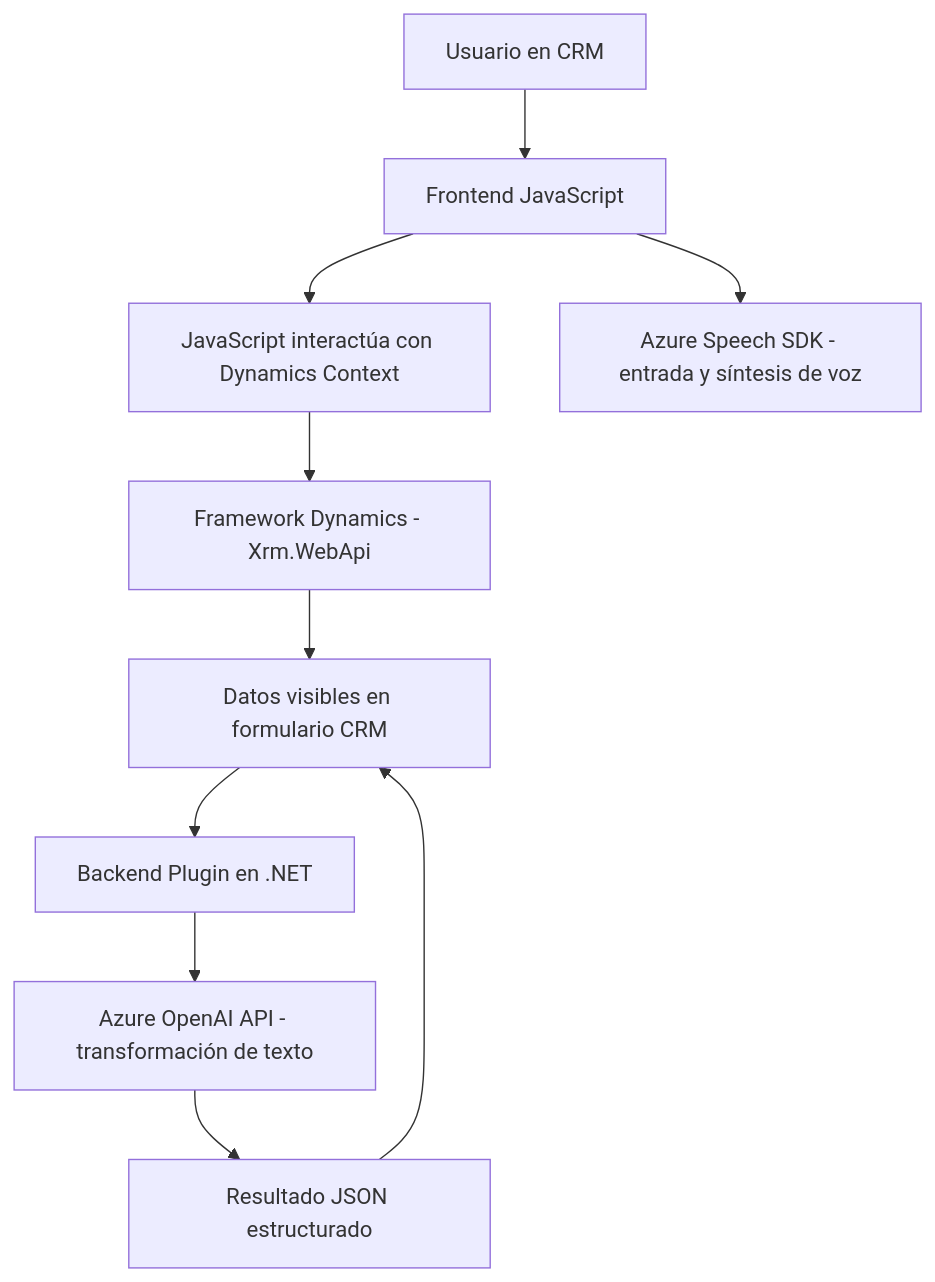
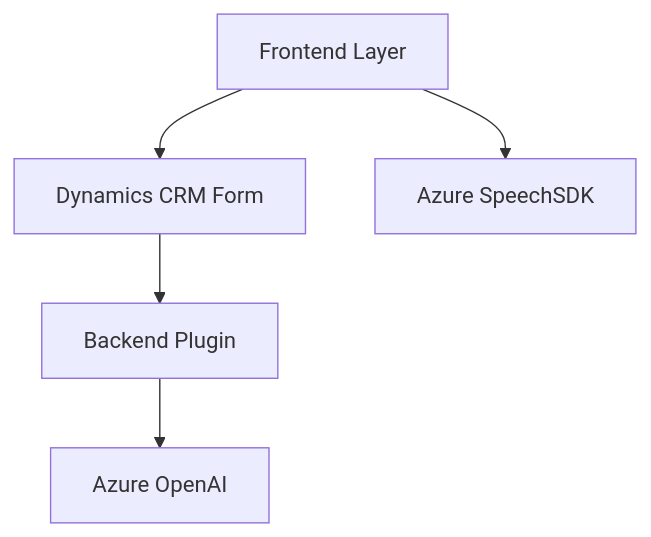
One commit to blopezdm/NETCORE_BILBAO2025 changed the diagram in README.md. Above: the diagram before and after it, drawn with Mermaid. The commit also changed other lines of this file, not shown here.

Commit message:
Actualizar análisis global de la solución con IA

````diff
--- a/README.md
+++ b/README.md
@@ -46,12 +51,13 @@
 ```mermaid
 graph TD
-    A["Usuario en CRM"] --> B["Frontend JavaScript"]
-    B --> C["JavaScript interactúa con Dynamics Context"]
-    B --> D["Azure Speech SDK - entrada y síntesis de voz"]
-    C --> E["Framework Dynamics - Xrm.WebApi"]
-    E --> F["Datos visibles en formulario CRM"]
-    F --> G["Backend Plugin en .NET"]
-    G --> H["Azure OpenAI API - transformación de texto"]
-    H --> I["Resultado JSON estructurado"]
-    I --> F
+    A["Frontend Layer"]
+    B["Dynamics CRM Form"]
+    C["Azure SpeechSDK"]
+    D["Azure OpenAI"]
+    E["Backend Plugin"]
+
+    A-->B
+    B-->E
+    A-->C
+    E-->D
 ```
````
